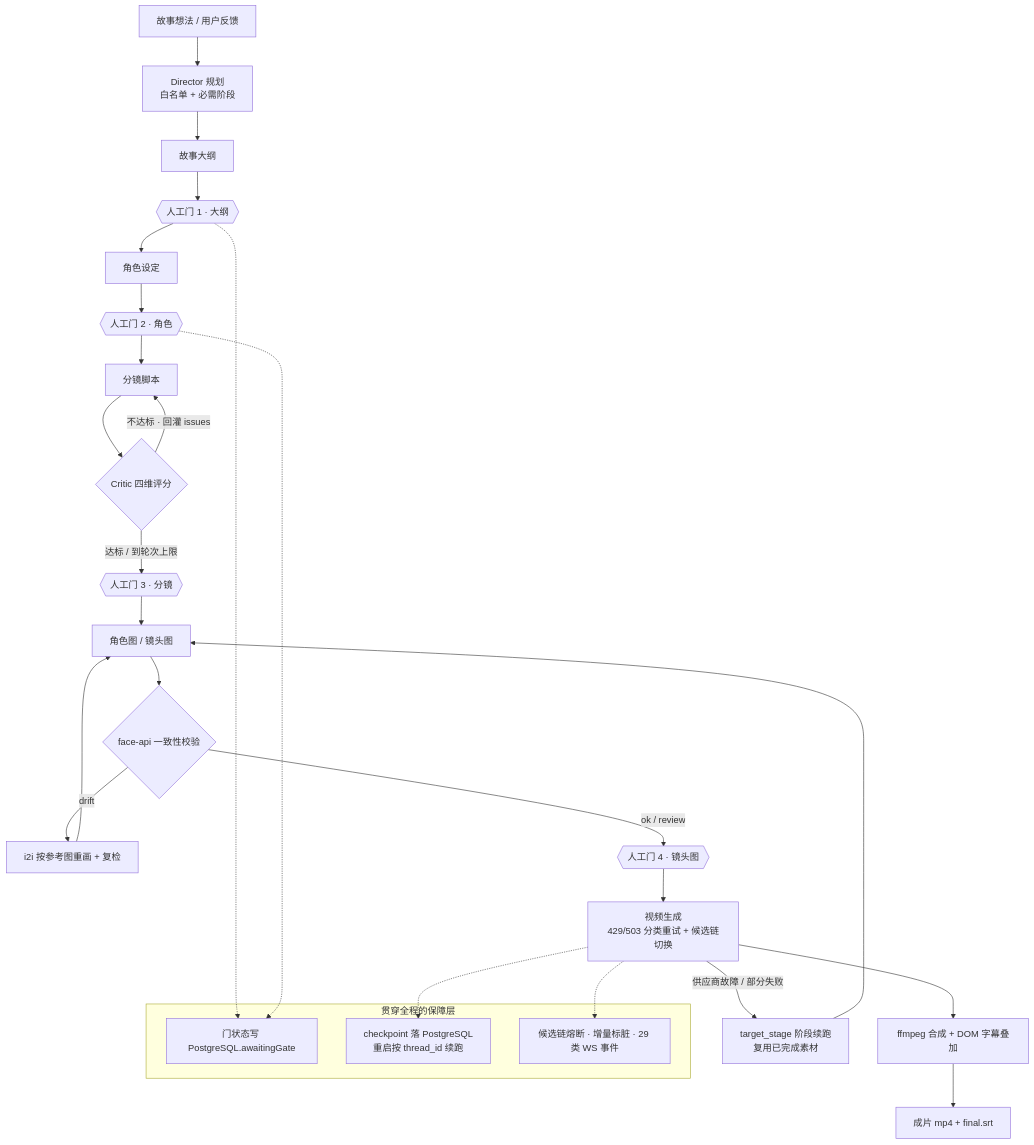
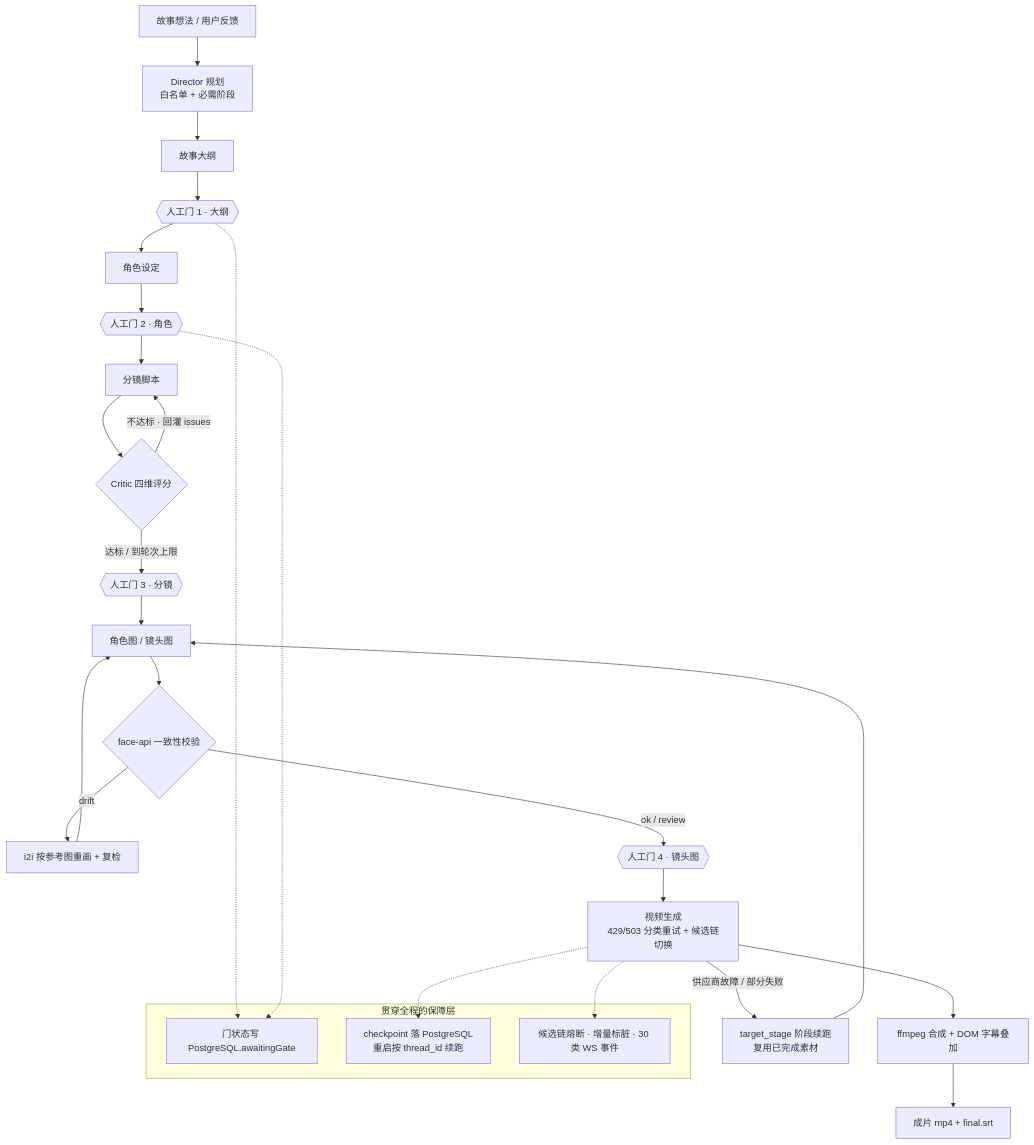
One commit to joker0319/MiraFrame changed the diagram in CAREER_HANDBOOK.md. Above: the diagram before and after it, drawn with Mermaid. The commit also changed other lines of this file and 123 other files, not shown here.

````diff
--- a/CAREER_HANDBOOK.md
+++ b/CAREER_HANDBOOK.md
@@ -69,34 +69,34 @@
 ```mermaid
 flowchart TD
     A["故事想法 / 用户反馈"] --> B["Director 规划<br/>白名单 + 必需阶段"]
     B --> C["故事大纲"]
     C --> G1{{"人工门 1 · 大纲"}}
     G1 --> D["角色设定"]
     D --> G2{{"人工门 2 · 角色"}}
     G2 --> E["分镜脚本"]
     E --> F{"Critic 四维评分"}
     F -->|不达标 · 回灌 issues| E
     F -->|达标 / 到轮次上限| G3{{"人工门 3 · 分镜"}}
     G3 --> H["角色图 / 镜头图"]
     H --> I{"face-api 一致性校验"}
     I -->|drift| J["i2i 按参考图重画 + 复检"]
     J --> H
     I -->|ok / review| G4{{"人工门 4 · 镜头图"}}
     G4 --> K["视频生成<br/>429/503 分类重试 + 候选链切换"]
     K --> L["ffmpeg 合成 + DOM 字幕叠加"]
     L --> M["成片 mp4 + final.srt"]
 
     K -->|供应商故障 / 部分失败| N["target_stage 阶段续跑<br/>复用已完成素材"]
     N --> H
 
     subgraph P["贯穿全程的保障层"]
       P1["门状态写 PostgreSQL.awaitingGate"]
       P2["checkpoint 落 PostgreSQL<br/>重启按 thread_id 续跑"]
-      P3["候选链熔断 · 增量标脏 · 29 类 WS 事件"]
+      P3["候选链熔断 · 增量标脏 · 30 类 WS 事件"]
     end
 
     G1 -.-> P1
     G2 -.-> P1
     K -.-> P2
     K -.-> P3
 ```
````
